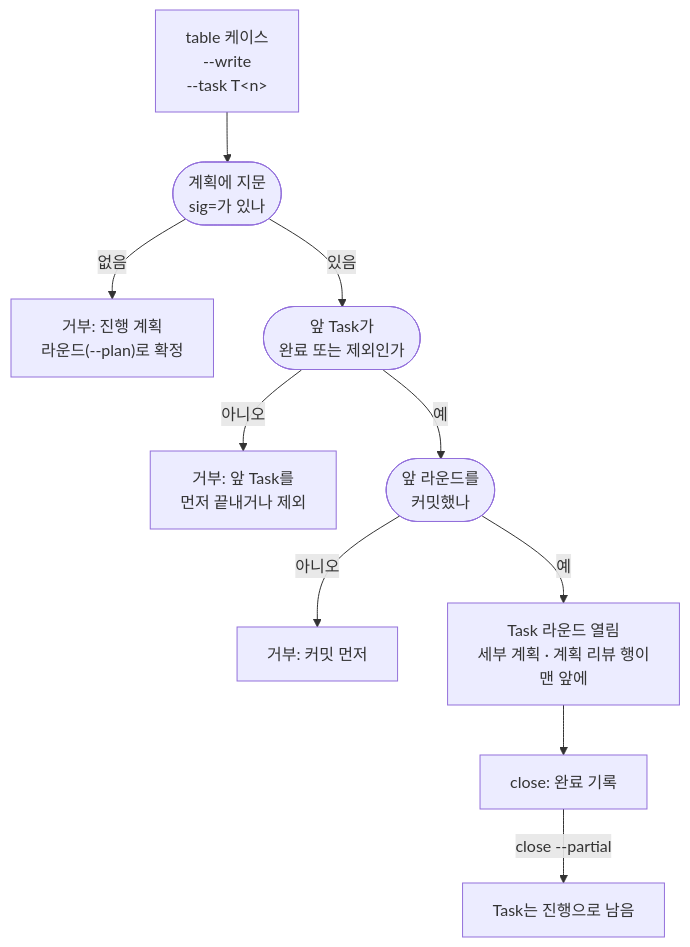
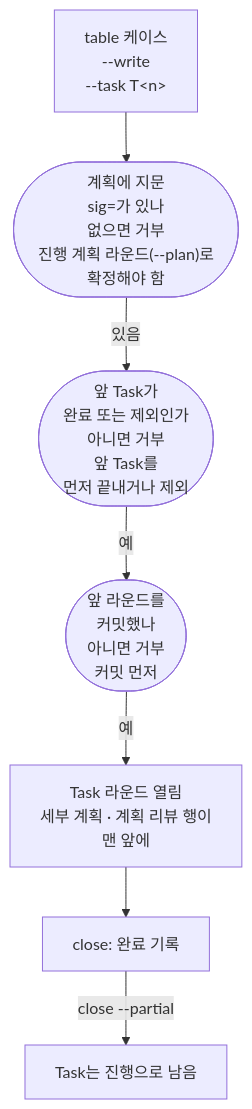
One commit to roadkwon-ai/pro-kit changed the second of 2 diagrams in handbook/concepts/project-plan.md. Above: the diagram before and after it, drawn with Mermaid. The commit also changed 26 other files, not shown here.

````diff
--- a/handbook/concepts/project-plan.md
+++ b/handbook/concepts/project-plan.md
@@ -100,17 +100,14 @@
 ```mermaid
 ---
 config:
   flowchart:
-    wrappingWidth: 240
+    wrappingWidth: 200
 ---
 flowchart TB
-  O["table 케이스<br/>--write<br/>--task T#lt;n#gt;"] --> S(["계획에 지문<br/>sig=가 있나"])
-  S -->|없음| X1["거부: 진행 계획<br/>라운드(--plan)로 확정"]
-  S -->|있음| G(["앞 Task가<br/>완료 또는 제외인가"])
-  G -->|아니오| X2["거부: 앞 Task를<br/>먼저 끝내거나 제외"]
-  G -->|예| C(["앞 라운드를<br/>커밋했나"])
-  C -->|아니오| X3["거부: 커밋 먼저"]
+  O["table 케이스<br/>--write<br/>--task T#lt;n#gt;"] --> S(["계획에 지문<br/>sig=가 있나<br/>없으면 거부<br/>진행 계획 라운드(--plan)로<br/>확정해야 함"])
+  S -->|있음| G(["앞 Task가<br/>완료 또는 제외인가<br/>아니면 거부<br/>앞 Task를<br/>먼저 끝내거나 제외"])
+  G -->|예| C(["앞 라운드를<br/>커밋했나<br/>아니면 거부<br/>커밋 먼저"])
   C -->|예| OK["Task 라운드 열림<br/>세부 계획 · 계획 리뷰 행이<br/>맨 앞에"]
   OK --> CL["close: 완료 기록"]
   CL -->|"close --partial"| P["Task는 진행으로 남음"]
 ```
````
